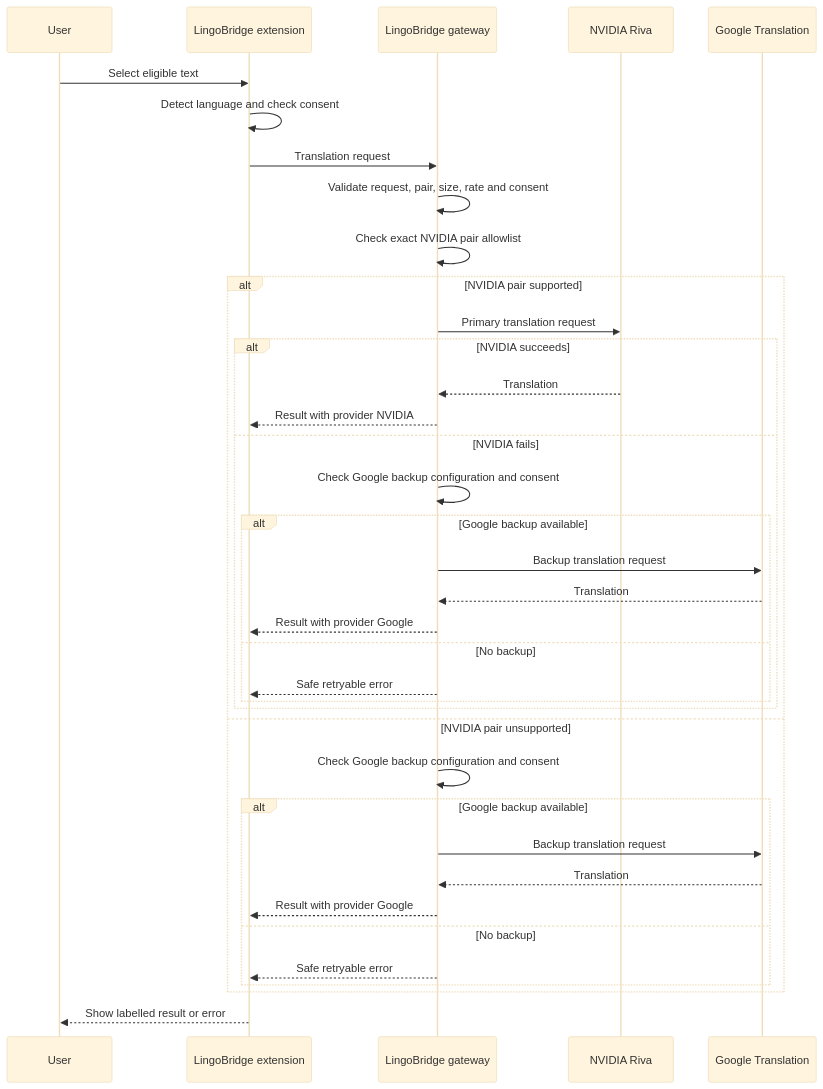
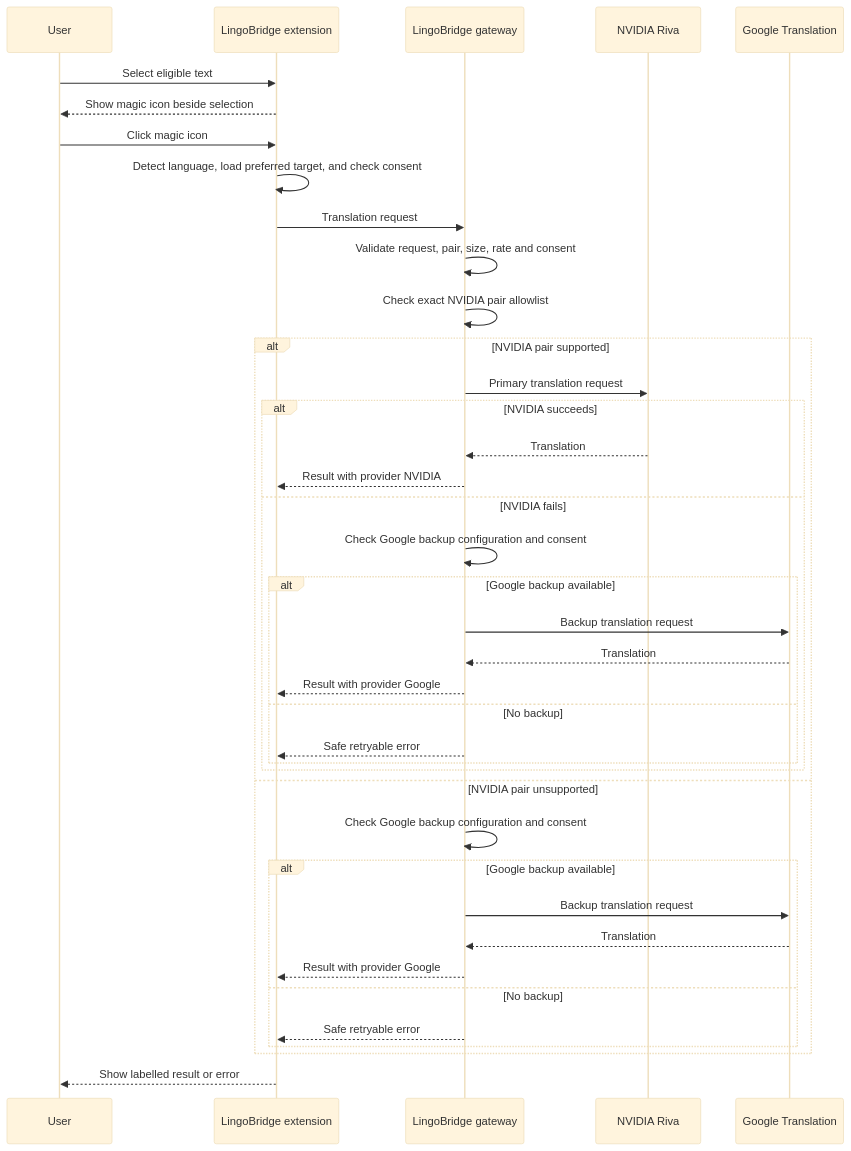
One commit to budhathoki10/LingoBridge changed the fifth of 10 diagrams in docs/12-user-and-system-flows.md. Above: the diagram before and after it, drawn with Mermaid (base theme). The commit also changed other lines of this file and 42 other files, not shown here.

First line of the commit message:
feat: focus the popup on Selection Magic and harden panel lifecycle

````diff
--- a/docs/12-user-and-system-flows.md
+++ b/docs/12-user-and-system-flows.md
@@ -121,40 +125,42 @@
 ```mermaid
 sequenceDiagram
     participant U as User
     participant E as LingoBridge extension
     participant G as LingoBridge gateway
     participant N as NVIDIA Riva
     participant T as Google Translation
 
     U->>E: Select eligible text
-    E->>E: Detect language and check consent
+    E-->>U: Show magic icon beside selection
+    U->>E: Click magic icon
+    E->>E: Detect language, load preferred target, and check consent
     E->>G: Translation request
     G->>G: Validate request, pair, size, rate and consent
     G->>G: Check exact NVIDIA pair allowlist
     alt NVIDIA pair supported
         G->>N: Primary translation request
         alt NVIDIA succeeds
             N-->>G: Translation
             G-->>E: Result with provider NVIDIA
         else NVIDIA fails
             G->>G: Check Google backup configuration and consent
             alt Google backup available
                 G->>T: Backup translation request
                 T-->>G: Translation
                 G-->>E: Result with provider Google
             else No backup
                 G-->>E: Safe retryable error
             end
         end
     else NVIDIA pair unsupported
         G->>G: Check Google backup configuration and consent
         alt Google backup available
             G->>T: Backup translation request
             T-->>G: Translation
             G-->>E: Result with provider Google
         else No backup
             G-->>E: Safe retryable error
         end
     end
     E-->>U: Show labelled result or error
 ```
````
